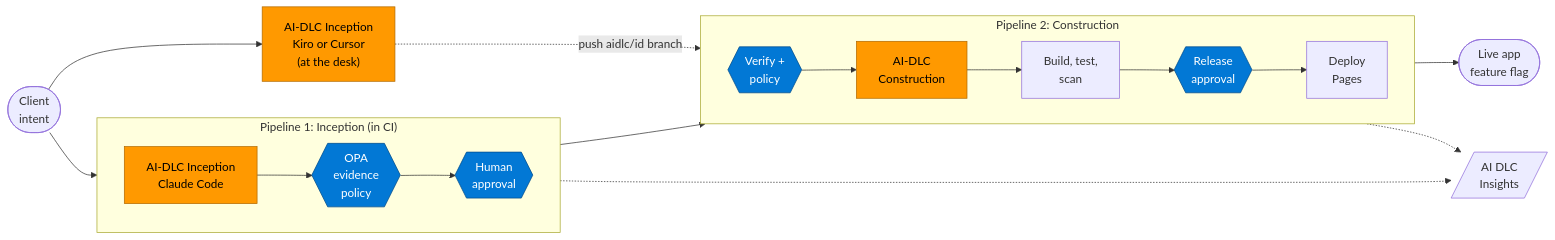
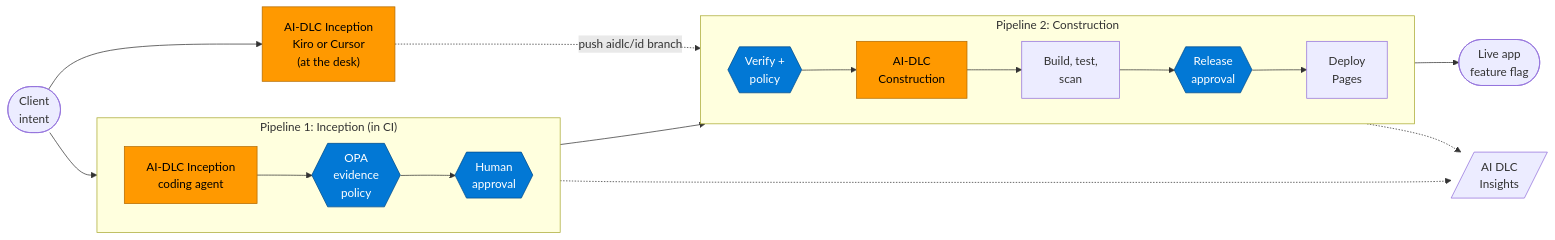
Before and after one commit to chieftechgirl/ai-dlc-demo-app: the diagram in README.md, drawn with Mermaid. The commit also changed other lines of this file and 6 other files, not shown here.

````diff
--- a/README.md
+++ b/README.md
@@ -9,27 +9,27 @@
 ```mermaid
 flowchart LR
     I(["Client<br/>intent"]) --> A
 
     subgraph P1["Pipeline 1: Inception (in CI)"]
         direction LR
-        A["AI-DLC Inception<br/>Claude Code"]:::aws --> B{{"OPA<br/>evidence<br/>policy"}}:::gov --> C{{"Human<br/>approval"}}:::gov
+        A["AI-DLC Inception<br/>coding agent"]:::aws --> B{{"OPA<br/>evidence<br/>policy"}}:::gov --> C{{"Human<br/>approval"}}:::gov
     end
 
     K["AI-DLC Inception<br/>Kiro or Cursor<br/>(at the desk)"]:::aws
 
     I --> K
     C --> D
     K -. "push aidlc/id branch" .-> D
 
     subgraph P2["Pipeline 2: Construction"]
         direction LR
         D{{"Verify +<br/>policy"}}:::gov --> E["AI-DLC<br/>Construction"]:::aws --> F["Build, test,<br/>scan"] --> G{{"Release<br/>approval"}}:::gov --> H["Deploy<br/>Pages"]
     end
 
     H --> L(["Live app<br/>feature flag"])
     A -.-> X[/"AI DLC<br/>Insights"/]
     E -.-> X
 
     classDef aws fill:#FF9900,stroke:#B36B00,color:#000
     classDef gov fill:#0278D5,stroke:#014B8A,color:#fff
 ```
````
